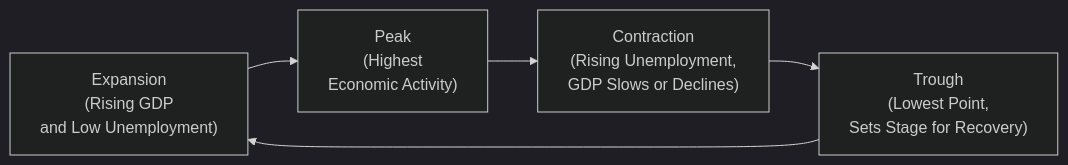
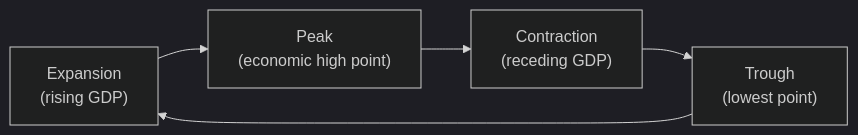
The diagram in content/ifc/3/3/index.md (MasteryEducation/SecuritiesExamsMastery.ca), drawn with Mermaid (dark theme) before and after one commit. The commit also changed other lines of this file and 130 other files, not shown here.

````diff
--- a/content/ifc/3/3/index.md
+++ b/content/ifc/3/3/index.md
@@ -159,7 +101,7 @@
 ```mermaid
 flowchart LR
-    A["Expansion<br/>(Rising GDP <br/>and Low Unemployment)"] --> B["Peak<br/>(Highest<br/>Economic Activity)"]
-    B --> C["Contraction<br/>(Rising Unemployment,<br/>GDP Slows or Declines)"]
-    C --> D["Trough<br/>(Lowest Point,<br/>Sets Stage for Recovery)"]
+    A["Expansion <br/> (rising GDP)"] --> B["Peak <br/> (economic high point)"]
+    B --> C["Contraction <br/> (receding GDP)"]
+    C --> D["Trough <br/> (lowest point)"]
     D --> A
 ```
````
